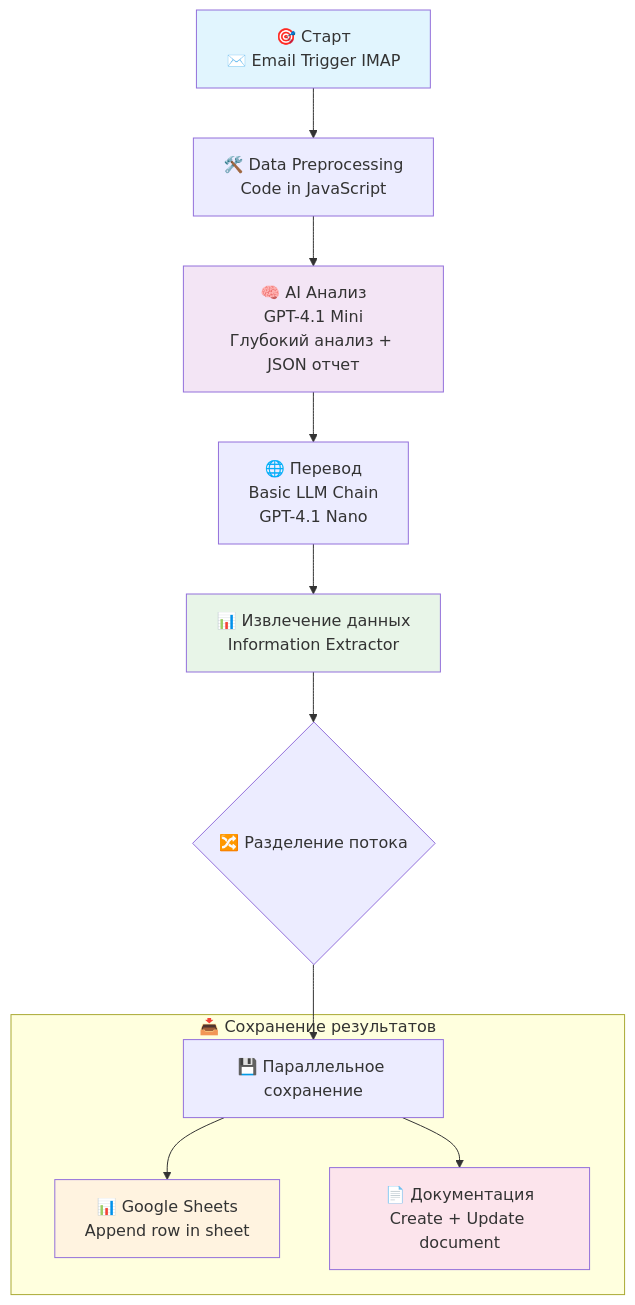
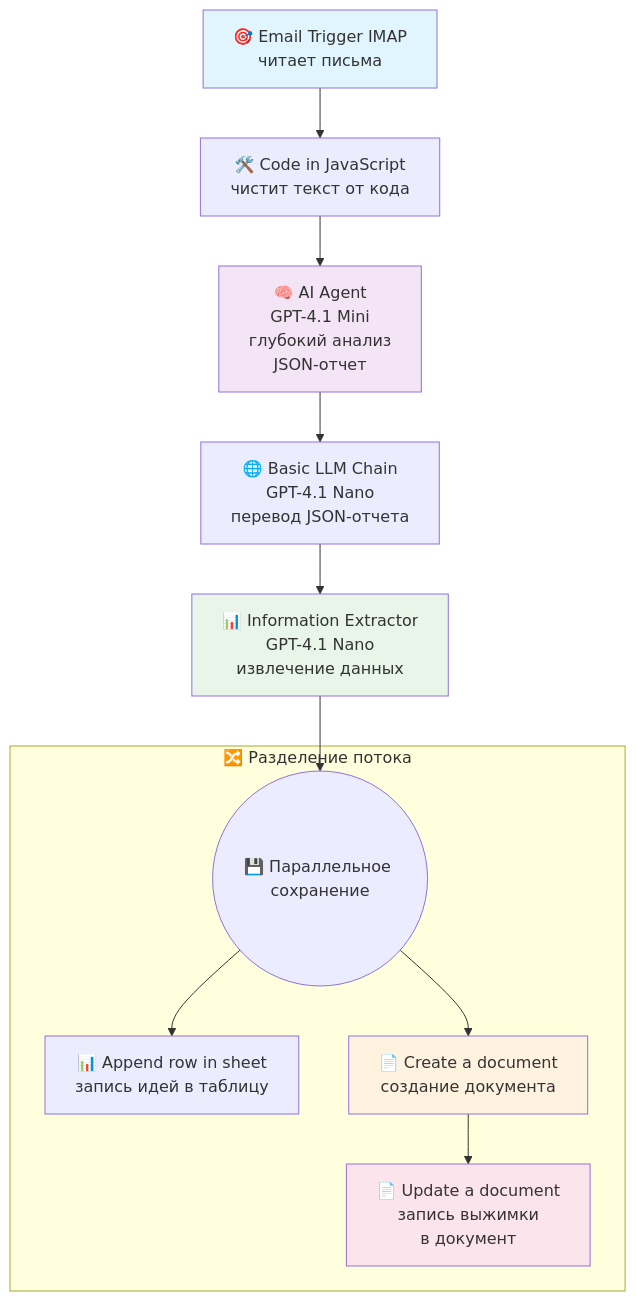
One commit to rbuiz/ai-email-processor changed the diagram in documentation/flowchart-processing.md. Above: the diagram before and after it, drawn with Mermaid.

````diff
--- a/documentation/flowchart-processing.md
+++ b/documentation/flowchart-processing.md
@@ -8,21 +8,22 @@
 ```mermaid
 graph TD
-    A[🎯 Старт<br>✉️ Email Trigger IMAP] --> B[🛠️ Data Preprocessing<br>Code in JavaScript];
-    B --> C[🧠 AI Анализ<br>GPT-4.1 Mini<br>Глубокий анализ + JSON отчет];
-    C --> D[🌐 Перевод<br>Basic LLM Chain<br>GPT-4.1 Nano];
-    D --> E[📊 Извлечение данных<br>Information Extractor];
-    
-    E --> F{🔀 Разделение потока};
-    F --> G[💾 Параллельное сохранение];
-    
-    subgraph "📥 Сохранение результатов"
-        G --> H[📊 Google Sheets<br>Append row in sheet];
-        G --> I[📄 Документация<br>Create + Update document];
+    A[🎯 Email Trigger IMAP<br>читает письма] --> B[🛠️ Code in JavaScript<br>чистит текст от кода];
+    B --> C[🧠 AI Agent<br>GPT-4.1 Mini<br>глубокий анализ<br>JSON-отчет];
+    C --> D[🌐 Basic LLM Chain<br>GPT-4.1 Nano<br>перевод JSON-отчета];
+    D --> E[📊 Information Extractor<br>GPT-4.1 Nano<br>извлечение данных];
+    E --> F((💾 Параллельное сохранение));
+
+    subgraph "🔀 Разделение потока"
+        F --> G[📊 Append row in sheet<br>запись идей в таблицу];
+        F --> H[📄 Create a document<br>создание документа];
+        H --> I[📄 Update a document<br>запись выжимки<br>в документ];
     end
     
     style A fill:#e1f5fe
     style C fill:#f3e5f5
     style E fill:#e8f5e8
     style H fill:#fff3e0
     style I fill:#fce4ec
+    class A,B,C,D,E,F,G,H,I standardWidth
+    %%classDef standardWidth width:300px
 ```
````
